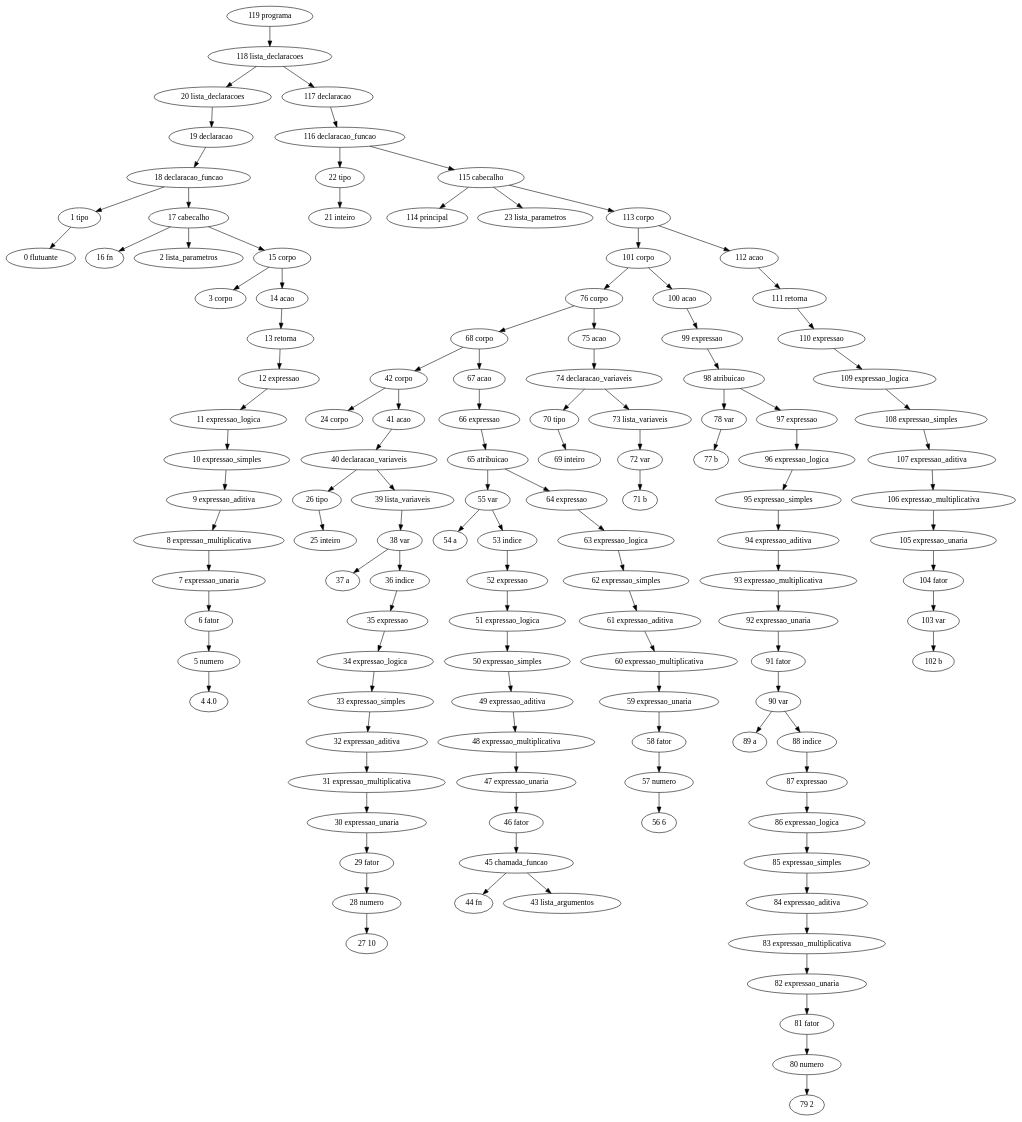
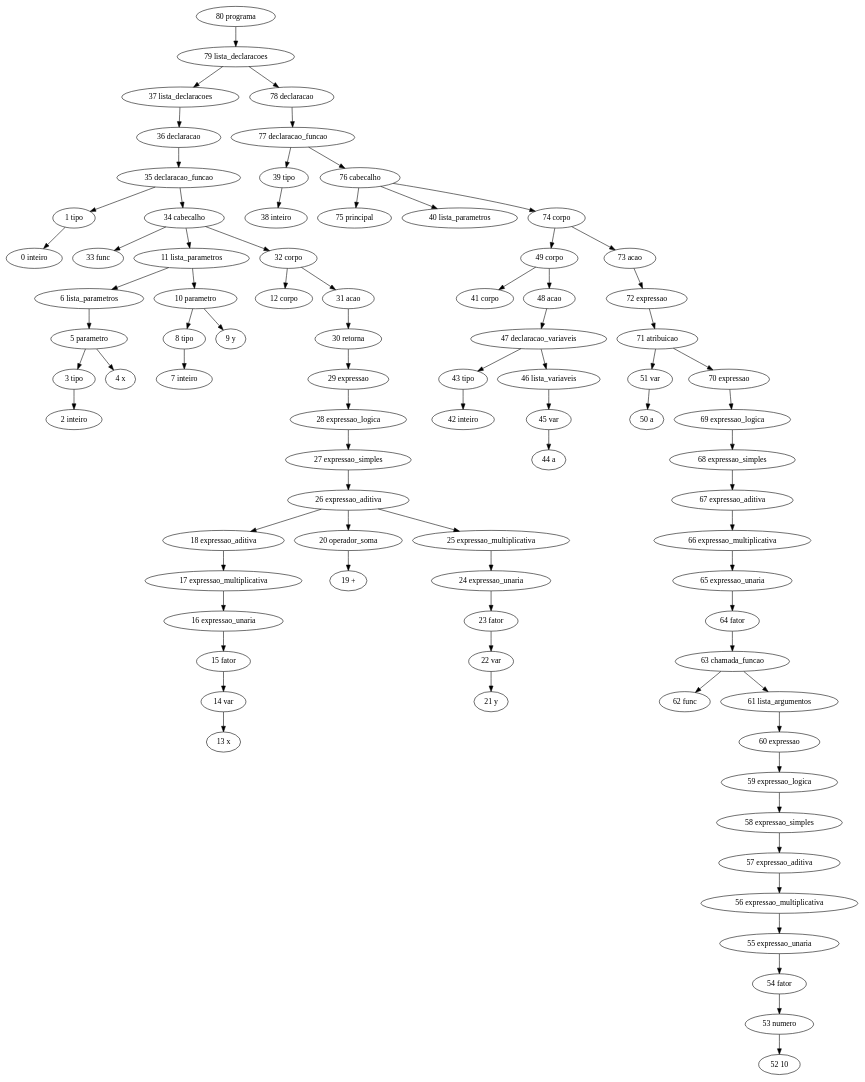
The diagram in BCC__BCC36B__P2__Jorge_1511424/implementacao/Digraph.gv (franzon/compilers), drawn with Graphviz before and after one commit. The commit also changed 4 other files, not shown here.

```diff
--- a/BCC__BCC36B__P2__Jorge_1511424/implementacao/Digraph.gv
+++ b/BCC__BCC36B__P2__Jorge_1511424/implementacao/Digraph.gv
@@ -1,242 +1,164 @@
 // Análise sintática
 digraph {
-	"119 programa"
-	"118 lista_declaracoes"
-	"119 programa" -> "118 lista_declaracoes"
-	"20 lista_declaracoes"
-	"118 lista_declaracoes" -> "20 lista_declaracoes"
-	"19 declaracao"
-	"20 lista_declaracoes" -> "19 declaracao"
-	"18 declaracao_funcao"
-	"19 declaracao" -> "18 declaracao_funcao"
+	"80 programa"
+	"79 lista_declaracoes"
+	"80 programa" -> "79 lista_declaracoes"
+	"37 lista_declaracoes"
+	"79 lista_declaracoes" -> "37 lista_declaracoes"
+	"36 declaracao"
+	"37 lista_declaracoes" -> "36 declaracao"
+	"35 declaracao_funcao"
+	"36 declaracao" -> "35 declaracao_funcao"
 	"1 tipo"
-	"18 declaracao_funcao" -> "1 tipo"
-	"0 flutuante"
-	"1 tipo" -> "0 flutuante"
-	"17 cabecalho"
-	"18 declaracao_funcao" -> "17 cabecalho"
-	"16 fn"
-	"17 cabecalho" -> "16 fn"
-	"2 lista_parametros"
-	"17 cabecalho" -> "2 lista_parametros"
-	"15 corpo"
-	"17 cabecalho" -> "15 corpo"
-	"3 corpo"
-	"15 corpo" -> "3 corpo"
-	"14 acao"
-	"15 corpo" -> "14 acao"
-	"13 retorna"
-	"14 acao" -> "13 retorna"
-	"12 expressao"
-	"13 retorna" -> "12 expressao"
-	"11 expressao_logica"
-	"12 expressao" -> "11 expressao_logica"
-	"10 expressao_simples"
-	"11 expressao_logica" -> "10 expressao_simples"
-	"9 expressao_aditiva"
-	"10 expressao_simples" -> "9 expressao_aditiva"
-	"8 expressao_multiplicativa"
-	"9 expressao_aditiva" -> "8 expressao_multiplicativa"
-	"7 expressao_unaria"
-	"8 expressao_multiplicativa" -> "7 expressao_unaria"
-	"6 fator"
-	"7 expressao_unaria" -> "6 fator"
-	"5 numero"
-	"6 fator" -> "5 numero"
-	"4 4.0"
-	"5 numero" -> "4 4.0"
-	"117 declaracao"
-	"118 lista_declaracoes" -> "117 declaracao"
-	"116 declaracao_funcao"
-	"117 declaracao" -> "116 declaracao_funcao"
-	"22 tipo"
-	"116 declaracao_funcao" -> "22 tipo"
-	"21 inteiro"
-	"22 tipo" -> "21 inteiro"
-	"115 cabecalho"
-	"116 declaracao_funcao" -> "115 cabecalho"
-	"114 principal"
-	"115 cabecalho" -> "114 principal"
-	"23 lista_parametros"
-	"115 cabecalho" -> "23 lista_parametros"
-	"113 corpo"
-	"115 cabecalho" -> "113 corpo"
-	"101 corpo"
-	"113 corpo" -> "101 corpo"
-	"76 corpo"
-	"101 corpo" -> "76 corpo"
-	"68 corpo"
-	"76 corpo" -> "68 corpo"
-	"42 corpo"
-	"68 corpo" -> "42 corpo"
-	"24 corpo"
-	"42 corpo" -> "24 corpo"
-	"41 acao"
-	"42 corpo" -> "41 acao"
-	"40 declaracao_variaveis"
-	"41 acao" -> "40 declaracao_variaveis"
-	"26 tipo"
-	"40 declaracao_variaveis" -> "26 tipo"
-	"25 inteiro"
-	"26 tipo" -> "25 inteiro"
-	"39 lista_variaveis"
-	"40 declaracao_variaveis" -> "39 lista_variaveis"
-	"38 var"
-	"39 lista_variaveis" -> "38 var"
-	"37 a"
-	"38 var" -> "37 a"
-	"36 indice"
-	"38 var" -> "36 indice"
-	"35 expressao"
-	"36 indice" -> "35 expressao"
-	"34 expressao_logica"
-	"35 expressao" -> "34 expressao_logica"
-	"33 expressao_simples"
-	"34 expressao_logica" -> "33 expressao_simples"
-	"32 expressao_aditiva"
-	"33 expressao_simples" -> "32 expressao_aditiva"
-	"31 expressao_multiplicativa"
-	"32 expressao_aditiva" -> "31 expressao_multiplicativa"
-	"30 expressao_unaria"
-	"31 expressao_multiplicativa" -> "30 expressao_unaria"
-	"29 fator"
-	"30 expressao_unaria" -> "29 fator"
-	"28 numero"
-	"29 fator" -> "28 numero"
-	"27 10"
-	"28 numero" -> "27 10"
-	"67 acao"
-	"68 corpo" -> "67 acao"
-	"66 expressao"
-	"67 acao" -> "66 expressao"
-	"65 atribuicao"
-	"66 expressao" -> "65 atribuicao"
-	"55 var"
-	"65 atribuicao" -> "55 var"
-	"54 a"
-	"55 var" -> "54 a"
-	"53 indice"
-	"55 var" -> "53 indice"
-	"52 expressao"
-	"53 indice" -> "52 expressao"
-	"51 expressao_logica"
-	"52 expressao" -> "51 expressao_logica"
-	"50 expressao_simples"
-	"51 expressao_logica" -> "50 expressao_simples"
-	"49 expressao_aditiva"
-	"50 expressao_simples" -> "49 expressao_aditiva"
-	"48 expressao_multiplicativa"
-	"49 expressao_aditiva" -> "48 expressao_multiplicativa"
-	"47 expressao_unaria"
-	"48 expressao_multiplicativa" -> "47 expressao_unaria"
-	"46 fator"
-	"47 expressao_unaria" -> "46 fator"
-	"45 chamada_funcao"
-	"46 fator" -> "45 chamada_funcao"
-	"44 fn"
-	"45 chamada_funcao" -> "44 fn"
-	"43 lista_argumentos"
-	"45 chamada_funcao" -> "43 lista_argumentos"
-	"64 expressao"
-	"65 atribuicao" -> "64 expressao"
-	"63 expressao_logica"
-	"64 expressao" -> "63 expressao_logica"
-	"62 expressao_simples"
-	"63 expressao_logica" -> "62 expressao_simples"
-	"61 expressao_aditiva"
-	"62 expressao_simples" -> "61 expressao_aditiva"
-	"60 expressao_multiplicativa"
-	"61 expressao_aditiva" -> "60 expressao_multiplicativa"
-	"59 expressao_unaria"
-	"60 expressao_multiplicativa" -> "59 expressao_unaria"
-	"58 fator"
-	"59 expressao_unaria" -> "58 fator"
-	"57 numero"
-	"58 fator" -> "57 numero"
-	"56 6"
-	"57 numero" -> "56 6"
-	"75 acao"
-	"76 corpo" -> "75 acao"
-	"74 declaracao_variaveis"
-	"75 acao" -> "74 declaracao_variaveis"
-	"70 tipo"
-	"74 declaracao_variaveis" -> "70 tipo"
-	"69 inteiro"
-	"70 tipo" -> "69 inteiro"
-	"73 lista_variaveis"
-	"74 declaracao_variaveis" -> "73 lista_variaveis"
-	"72 var"
-	"73 lista_variaveis" -> "72 var"
-	"71 b"
-	"72 var" -> "71 b"
-	"100 acao"
-	"101 corpo" -> "100 acao"
-	"99 expressao"
-	"100 acao" -> "99 expressao"
-	"98 atribuicao"
-	"99 expressao" -> "98 atribuicao"
-	"78 var"
-	"98 atribuicao" -> "78 var"
-	"77 b"
-	"78 var" -> "77 b"
-	"97 expressao"
-	"98 atribuicao" -> "97 expressao"
-	"96 expressao_logica"
-	"97 expressao" -> "96 expressao_logica"
-	"95 expressao_simples"
-	"96 expressao_logica" -> "95 expressao_simples"
-	"94 expressao_aditiva"
-	"95 expressao_simples" -> "94 expressao_aditiva"
-	"93 expressao_multiplicativa"
-	"94 expressao_aditiva" -> "93 expressao_multiplicativa"
-	"92 expressao_unaria"
-	"93 expressao_multiplicativa" -> "92 expressao_unaria"
-	"91 fator"
-	"92 expressao_unaria" -> "91 fator"
-	"90 var"
-	"91 fator" -> "90 var"
-	"89 a"
-	"90 var" -> "89 a"
-	"88 indice"
-	"90 var" -> "88 indice"
-	"87 expressao"
-	"88 indice" -> "87 expressao"
-	"86 expressao_logica"
-	"87 expressao" -> "86 expressao_logica"
-	"85 expressao_simples"
-	"86 expressao_logica" -> "85 expressao_simples"
-	"84 expressao_aditiva"
-	"85 expressao_simples" -> "84 expressao_aditiva"
-	"83 expressao_multiplicativa"
-	"84 expressao_aditiva" -> "83 expressao_multiplicativa"
-	"82 expressao_unaria"
-	"83 expressao_multiplicativa" -> "82 expressao_unaria"
-	"81 fator"
-	"82 expressao_unaria" -> "81 fator"
-	"80 numero"
-	"81 fator" -> "80 numero"
-	"79 2"
-	"80 numero" -> "79 2"
-	"112 acao"
-	"113 corpo" -> "112 acao"
-	"111 retorna"
-	"112 acao" -> "111 retorna"
-	"110 expressao"
-	"111 retorna" -> "110 expressao"
-	"109 expressao_logica"
-	"110 expressao" -> "109 expressao_logica"
-	"108 expressao_simples"
-	"109 expressao_logica" -> "108 expressao_simples"
-	"107 expressao_aditiva"
-	"108 expressao_simples" -> "107 expressao_aditiva"
-	"106 expressao_multiplicativa"
-	"107 expressao_aditiva" -> "106 expressao_multiplicativa"
-	"105 expressao_unaria"
-	"106 expressao_multiplicativa" -> "105 expressao_unaria"
-	"104 fator"
-	"105 expressao_unaria" -> "104 fator"
-	"103 var"
-	"104 fator" -> "103 var"
-	"102 b"
-	"103 var" -> "102 b"
+	"35 declaracao_funcao" -> "1 tipo"
+	"0 inteiro"
+	"1 tipo" -> "0 inteiro"
+	"34 cabecalho"
+	"35 declaracao_funcao" -> "34 cabecalho"
+	"33 func"
+	"34 cabecalho" -> "33 func"
+	"11 lista_parametros"
+	"34 cabecalho" -> "11 lista_parametros"
+	"6 lista_parametros"
+	"11 lista_parametros" -> "6 lista_parametros"
+	"5 parametro"
+	"6 lista_parametros" -> "5 parametro"
+	"3 tipo"
+	"5 parametro" -> "3 tipo"
+	"2 inteiro"
+	"3 tipo" -> "2 inteiro"
+	"4 x"
+	"5 parametro" -> "4 x"
+	"10 parametro"
+	"11 lista_parametros" -> "10 parametro"
+	"8 tipo"
+	"10 parametro" -> "8 tipo"
+	"7 inteiro"
+	"8 tipo" -> "7 inteiro"
+	"9 y"
+	"10 parametro" -> "9 y"
+	"32 corpo"
+	"34 cabecalho" -> "32 corpo"
+	"12 corpo"
+	"32 corpo" -> "12 corpo"
+	"31 acao"
+	"32 corpo" -> "31 acao"
+	"30 retorna"
+	"31 acao" -> "30 retorna"
+	"29 expressao"
+	"30 retorna" -> "29 expressao"
+	"28 expressao_logica"
+	"29 expressao" -> "28 expressao_logica"
+	"27 expressao_simples"
+	"28 expressao_logica" -> "27 expressao_simples"
+	"26 expressao_aditiva"
+	"27 expressao_simples" -> "26 expressao_aditiva"
+	"18 expressao_aditiva"
+	"26 expressao_aditiva" -> "18 expressao_aditiva"
+	"17 expressao_multiplicativa"
+	"18 expressao_aditiva" -> "17 expressao_multiplicativa"
+	"16 expressao_unaria"
+	"17 expressao_multiplicativa" -> "16 expressao_unaria"
+	"15 fator"
+	"16 expressao_unaria" -> "15 fator"
+	"14 var"
+	"15 fator" -> "14 var"
+	"13 x"
+	"14 var" -> "13 x"
+	"20 operador_soma"
+	"26 expressao_aditiva" -> "20 operador_soma"
+	"19 +"
+	"20 operador_soma" -> "19 +"
+	"25 expressao_multiplicativa"
+	"26 expressao_aditiva" -> "25 expressao_multiplicativa"
+	"24 expressao_unaria"
+	"25 expressao_multiplicativa" -> "24 expressao_unaria"
+	"23 fator"
+	"24 expressao_unaria" -> "23 fator"
+	"22 var"
+	"23 fator" -> "22 var"
+	"21 y"
+	"22 var" -> "21 y"
+	"78 declaracao"
+	"79 lista_declaracoes" -> "78 declaracao"
+	"77 declaracao_funcao"
+	"78 declaracao" -> "77 declaracao_funcao"
+	"39 tipo"
+	"77 declaracao_funcao" -> "39 tipo"
+	"38 inteiro"
+	"39 tipo" -> "38 inteiro"
+	"76 cabecalho"
+	"77 declaracao_funcao" -> "76 cabecalho"
+	"75 principal"
+	"76 cabecalho" -> "75 principal"
+	"40 lista_parametros"
+	"76 cabecalho" -> "40 lista_parametros"
+	"74 corpo"
+	"76 cabecalho" -> "74 corpo"
+	"49 corpo"
+	"74 corpo" -> "49 corpo"
+	"41 corpo"
+	"49 corpo" -> "41 corpo"
+	"48 acao"
+	"49 corpo" -> "48 acao"
+	"47 declaracao_variaveis"
+	"48 acao" -> "47 declaracao_variaveis"
+	"43 tipo"
+	"47 declaracao_variaveis" -> "43 tipo"
+	"42 inteiro"
+	"43 tipo" -> "42 inteiro"
+	"46 lista_variaveis"
+	"47 declaracao_variaveis" -> "46 lista_variaveis"
+	"45 var"
+	"46 lista_variaveis" -> "45 var"
+	"44 a"
+	"45 var" -> "44 a"
+	"73 acao"
+	"74 corpo" -> "73 acao"
+	"72 expressao"
+	"73 acao" -> "72 expressao"
+	"71 atribuicao"
+	"72 expressao" -> "71 atribuicao"
+	"51 var"
+	"71 atribuicao" -> "51 var"
+	"50 a"
+	"51 var" -> "50 a"
+	"70 expressao"
+	"71 atribuicao" -> "70 expressao"
+	"69 expressao_logica"
+	"70 expressao" -> "69 expressao_logica"
+	"68 expressao_simples"
+	"69 expressao_logica" -> "68 expressao_simples"
+	"67 expressao_aditiva"
+	"68 expressao_simples" -> "67 expressao_aditiva"
+	"66 expressao_multiplicativa"
+	"67 expressao_aditiva" -> "66 expressao_multiplicativa"
+	"65 expressao_unaria"
+	"66 expressao_multiplicativa" -> "65 expressao_unaria"
+	"64 fator"
+	"65 expressao_unaria" -> "64 fator"
+	"63 chamada_funcao"
+	"64 fator" -> "63 chamada_funcao"
+	"62 func"
+	"63 chamada_funcao" -> "62 func"
+	"61 lista_argumentos"
+	"63 chamada_funcao" -> "61 lista_argumentos"
+	"60 expressao"
+	"61 lista_argumentos" -> "60 expressao"
+	"59 expressao_logica"
+	"60 expressao" -> "59 expressao_logica"
+	"58 expressao_simples"
+	"59 expressao_logica" -> "58 expressao_simples"
+	"57 expressao_aditiva"
+	"58 expressao_simples" -> "57 expressao_aditiva"
+	"56 expressao_multiplicativa"
+	"57 expressao_aditiva" -> "56 expressao_multiplicativa"
+	"55 expressao_unaria"
+	"56 expressao_multiplicativa" -> "55 expressao_unaria"
+	"54 fator"
+	"55 expressao_unaria" -> "54 fator"
+	"53 numero"
+	"54 fator" -> "53 numero"
+	"52 10"
+	"53 numero" -> "52 10"
 }
```
